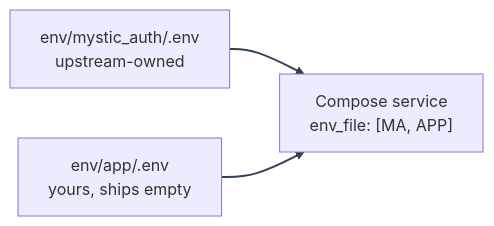
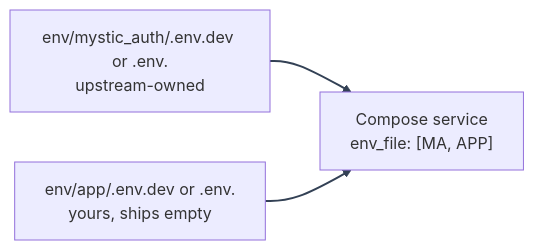
The diagram in docs/mystic_auth/environment/README.md (Nachiket-2024/mystic-auth), drawn with Mermaid before and after one commit. The commit also changed other lines of this file and 292 other files, not shown here.

````diff
--- a/docs/mystic_auth/environment/README.md
+++ b/docs/mystic_auth/environment/README.md
@@ -48,10 +50,10 @@
 ```mermaid
 %%{init: {"themeVariables": {"lineColor": "#334155"}} }%%
 flowchart LR
-    MA["env/mystic_auth/.env<mode>\nupstream-owned"]
-    APP["env/app/.env<mode>\nyours, ships empty"]
+    MA["env/mystic_auth/.env.dev or .env.<mode>\nupstream-owned"]
+    APP["env/app/.env.dev or .env.<mode>\nyours, ships empty"]
     SVC["Compose service\nenv_file: [MA, APP]"]
     MA --> SVC
     APP --> SVC
     linkStyle default stroke:#334155,stroke-width:2px
 ```
````
